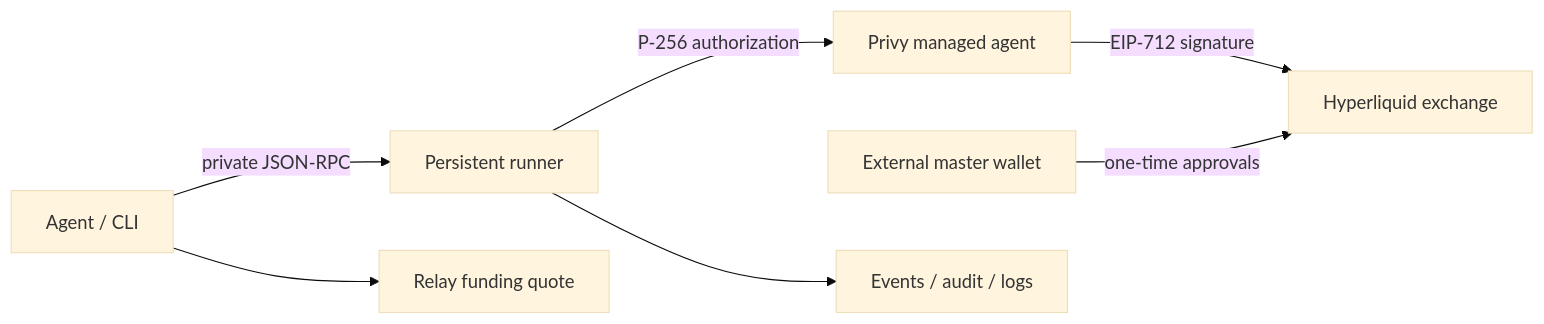
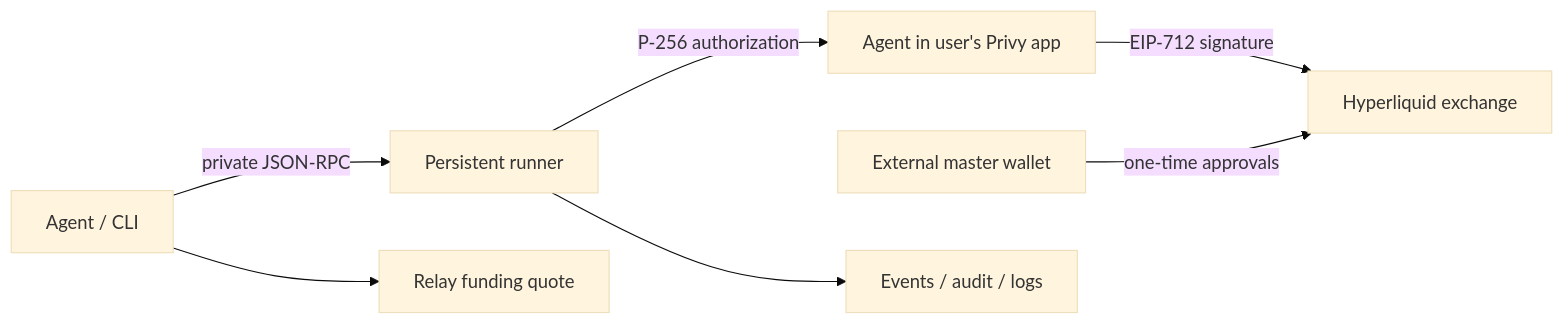
Before and after one commit to bloxwap/agent-cli: the diagram in README.md, drawn with Mermaid (base theme). The commit also changed other lines of this file and 12 other files, not shown here.

Commit message:
fix: enforce user-owned Privy policy boundaries (#11)

````diff
--- a/README.md
+++ b/README.md
@@ -40,9 +45,9 @@
 ```mermaid
 flowchart LR
   Agent[Agent / CLI] -->|private JSON-RPC| Runner[Persistent runner]
-  Runner -->|P-256 authorization| Privy[Privy managed agent]
+  Runner -->|P-256 authorization| Privy[Agent in user's Privy app]
   Privy -->|EIP-712 signature| HL[Hyperliquid exchange]
   Agent --> Relay[Relay funding quote]
   Master[External master wallet] -->|one-time approvals| HL
   Runner --> Journal[Events / audit / logs]
 ```
````
